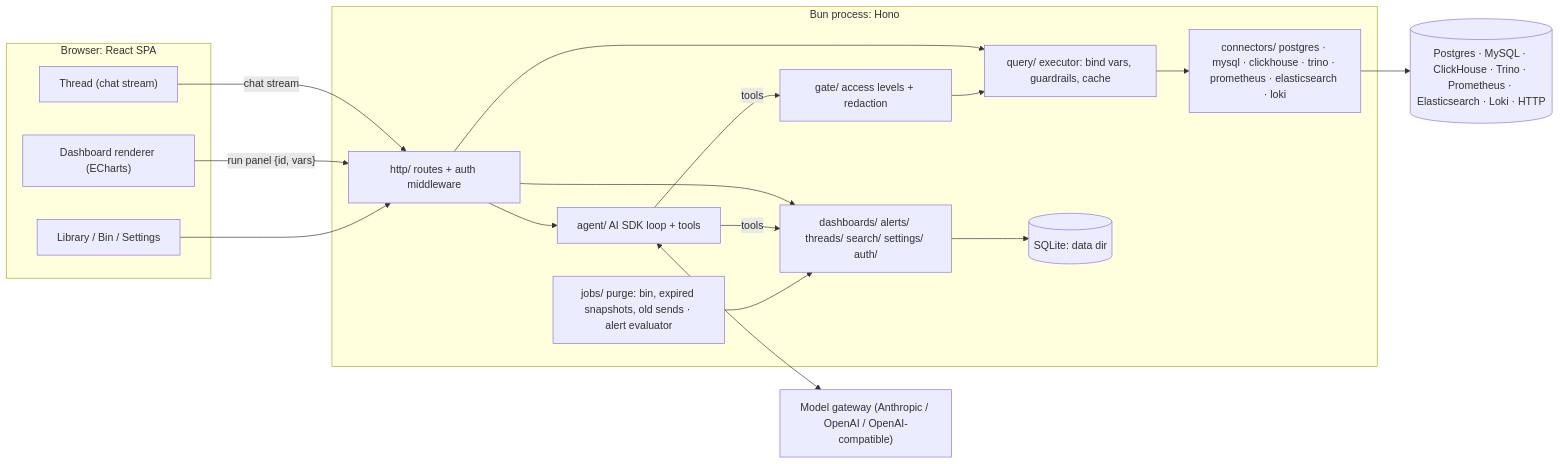
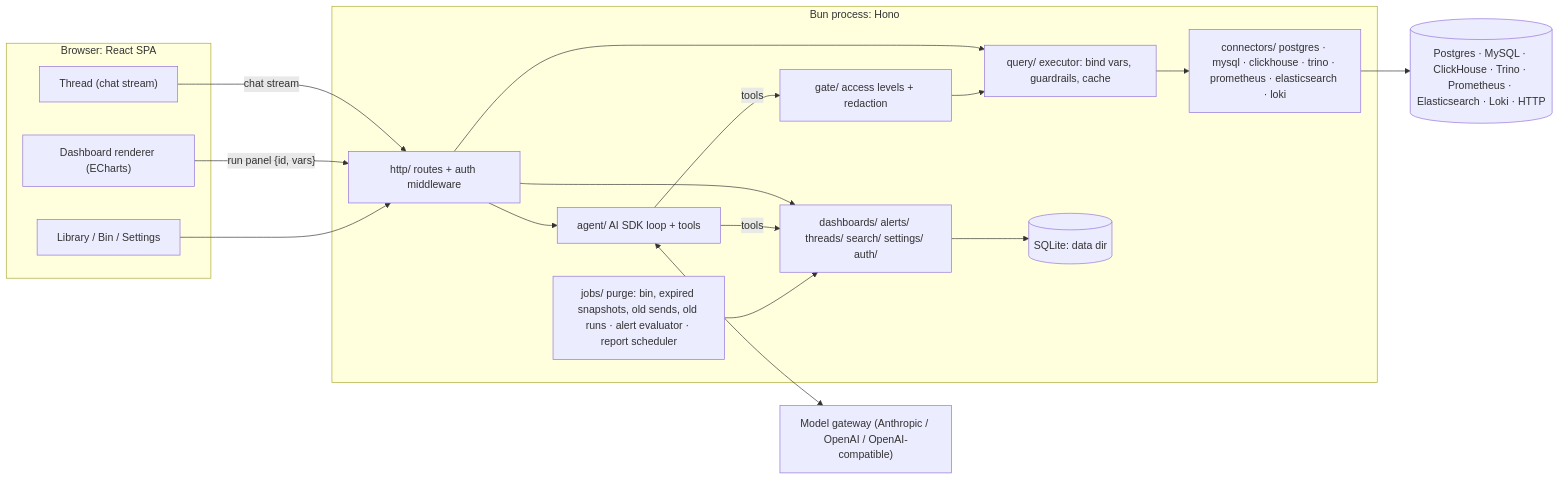
One commit to jboix/quanthea changed the first of 2 diagrams in docs/architecture.md. Above: the diagram before and after it, drawn with Mermaid. The commit also changed other lines of this file and 39 other files, not shown here.

````diff
--- a/docs/architecture.md
+++ b/docs/architecture.md
@@ -14,37 +14,37 @@
 ```mermaid
 flowchart LR
   subgraph Browser["Browser: React SPA"]
     Thread["Thread (chat stream)"]
     Dash["Dashboard renderer (ECharts)"]
     Lib["Library / Bin / Settings"]
   end
 
   subgraph Server["Bun process: Hono"]
     HTTP["http/ routes + auth middleware"]
     Agent["agent/ AI SDK loop + tools"]
     Gate["gate/ access levels + redaction"]
     Query["query/ executor: bind vars, guardrails, cache"]
     Conn["connectors/ postgres · mysql · clickhouse · trino · prometheus · elasticsearch · loki"]
     Dom["dashboards/ alerts/ threads/ search/ settings/ auth/"]
     DB[("SQLite: data dir")]
-    Jobs["jobs/ purge: bin, expired snapshots, old sends · alert evaluator"]
+    Jobs["jobs/ purge: bin, expired snapshots, old sends, old runs · alert evaluator · report scheduler"]
   end
 
   LLM["Model gateway (Anthropic / OpenAI / OpenAI-compatible)"]
   Sources[("Postgres · MySQL · ClickHouse · Trino · Prometheus · Elasticsearch · Loki · HTTP")]
 
   Thread -- "chat stream" --> HTTP
   Dash -- "run panel {id, vars}" --> HTTP
   Lib --> HTTP
   HTTP --> Agent
   HTTP --> Dom
   HTTP --> Query
   Agent -- tools --> Gate
   Agent -- tools --> Dom
   Agent <--> LLM
   Gate --> Query
   Query --> Conn
   Conn --> Sources
   Dom --> DB
   Jobs --> Dom
 ```
````
